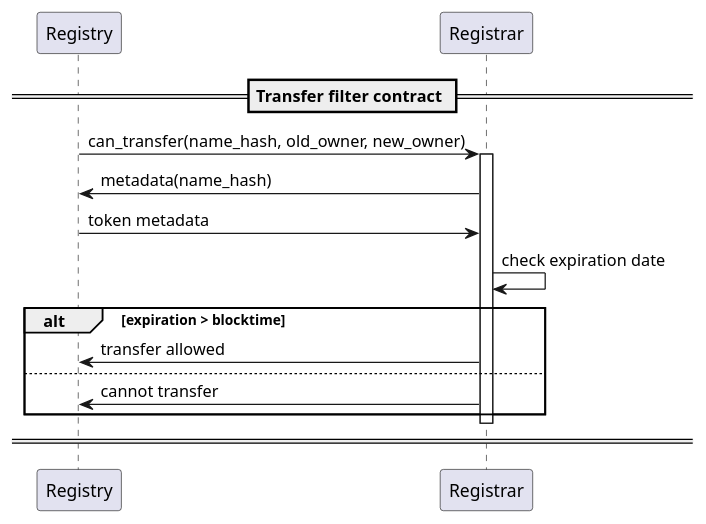
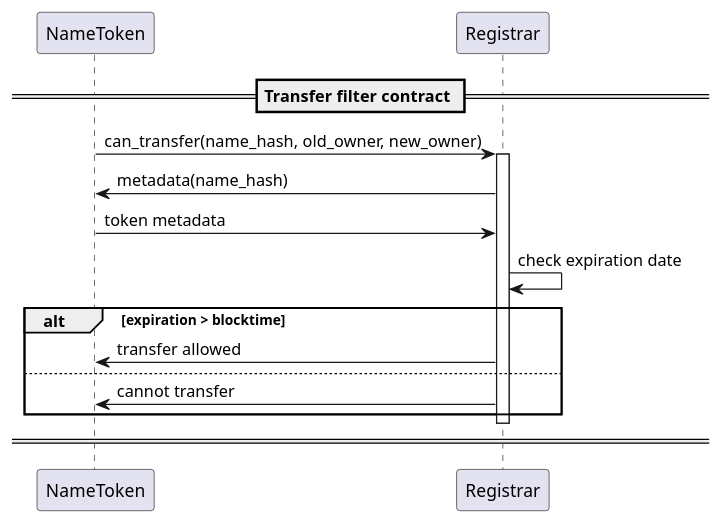
The diagram in docs/sequence-diagrams/puml/transfer-filter-contract.puml (make-software/cspr-name-contracts), drawn with PlantUML before and after one commit. The commit also changed 13 other files, not shown here.

Commit message:
Renamed Registry contract with NameToken in the sequence diagrams.

```diff
--- a/docs/sequence-diagrams/puml/transfer-filter-contract.puml
+++ b/docs/sequence-diagrams/puml/transfer-filter-contract.puml
@@ -1,24 +1,24 @@
 @startuml
 'https://plantuml.com/sequence-diagram
 
 'autonumber
-participant "Registry"
+participant "NameToken"
 participant "Registrar"
 
 == Transfer filter contract ==
 
-Registry -> Registrar: can_transfer(name_hash, old_owner, new_owner)
+NameToken -> Registrar: can_transfer(name_hash, old_owner, new_owner)
 activate Registrar
-Registrar -> Registry: metadata(name_hash)
-Registry -> Registrar: token metadata
+Registrar -> NameToken: metadata(name_hash)
+NameToken -> Registrar: token metadata
 Registrar -> Registrar: check expiration date
 alt expiration > blocktime
- Registrar -> Registry: transfer allowed
+ Registrar -> NameToken: transfer allowed
 else
- Registrar -> Registry: cannot transfer
+ Registrar -> NameToken: cannot transfer
 end
 deactivate Registrar
 
 == ==
 
 @enduml
```
